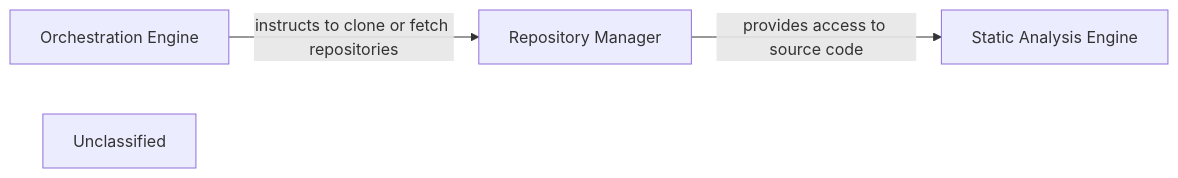
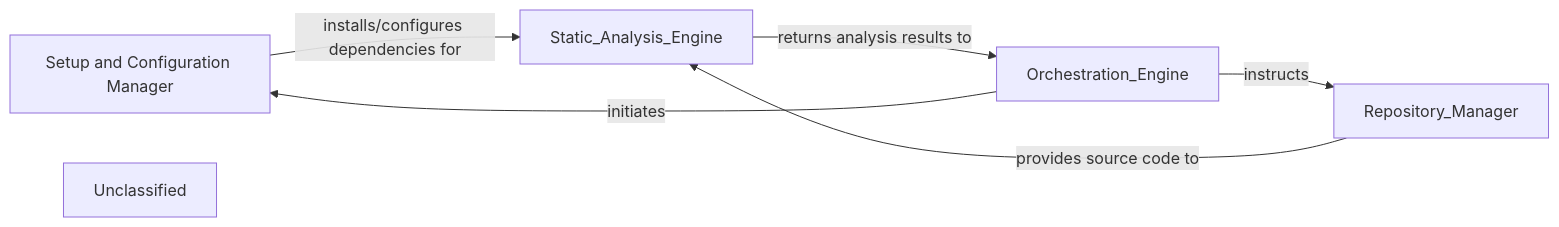
The diagram in .codeboarding/Repository_Manager.md (CodeBoarding/CodeBoarding), drawn with Mermaid before and after one commit. The commit also changed other lines of this file and 15 other files, not shown here.

First line of the commit message:
docs: update codeboarding documentation and generate architecture

````diff
--- a/.codeboarding/Repository_Manager.md
+++ b/.codeboarding/Repository_Manager.md
@@ -1,10 +1,10 @@
 ```mermaid
 graph LR
-    Orchestration_Engine["Orchestration Engine"]
-    Repository_Manager["Repository Manager"]
-    Static_Analysis_Engine["Static Analysis Engine"]
+    Setup_and_Configuration_Manager["Setup and Configuration Manager"]
     Unclassified["Unclassified"]
-    Orchestration_Engine -- "instructs to clone or fetch repositories" --> Repository_Manager
-    Repository_Manager -- "provides access to source code" --> Static_Analysis_Engine
-    click Repository_Manager href "https://github.com/CodeBoarding/CodeBoarding/blob/main/.codeboarding/Repository_Manager.md" "Details"
+    Orchestration_Engine -- "initiates" --> Setup_and_Configuration_Manager
+    Setup_and_Configuration_Manager -- "installs/configures dependencies for" --> Static_Analysis_Engine
+    Orchestration_Engine -- "instructs" --> Repository_Manager
+    Repository_Manager -- "provides source code to" --> Static_Analysis_Engine
+    Static_Analysis_Engine -- "returns analysis results to" --> Orchestration_Engine
 ```
````
